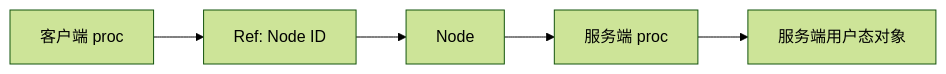
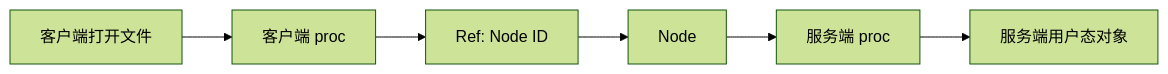
The diagram in docs/04-concurrency/4.1-binder-proc.md (kobewang126/BinderABC-V3), drawn with Mermaid (forest theme) before and after one commit. The commit also changed other lines of this file and 17 other files, not shown here.

````diff
--- a/docs/04-concurrency/4.1-binder-proc.md
+++ b/docs/04-concurrency/4.1-binder-proc.md
@@ -9,7 +9,8 @@
 ```mermaid
 flowchart LR
+    F[客户端打开文件] --> A
     A[客户端 proc] --> R[Ref: Node ID]
     R --> N[Node]
     N --> B[服务端 proc]
     B --> O[服务端用户态对象]
 ```
````
